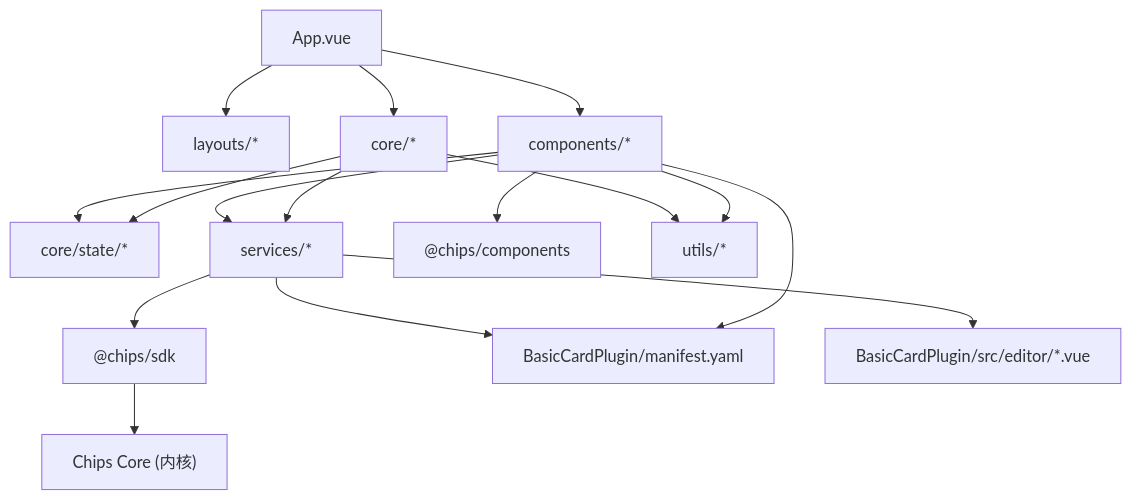
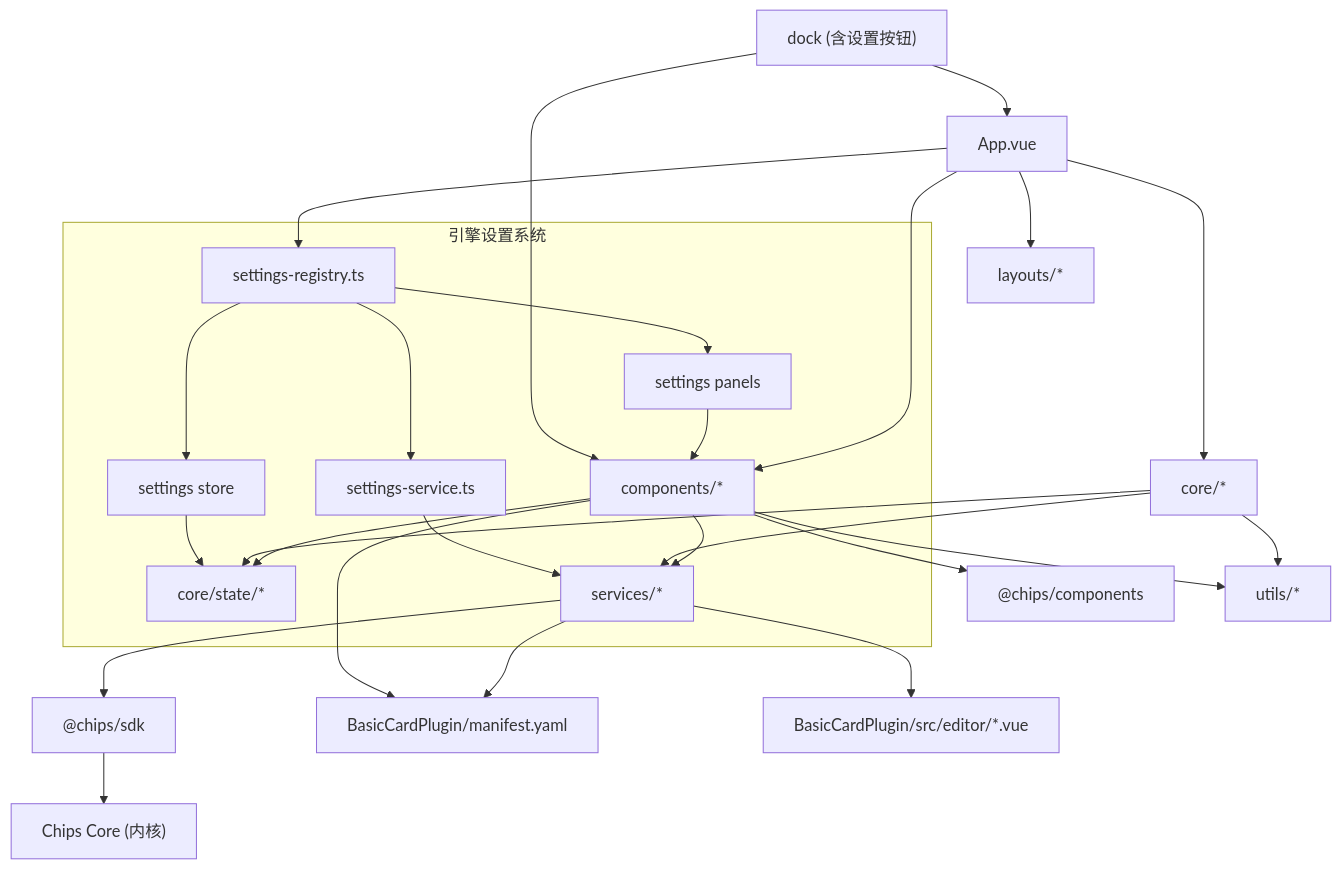
The diagram in 编辑引擎模块梳理.md (SteveSun-qixing/PotatoEcosystem-Editor), drawn with Mermaid before and after one commit. The commit also changed other lines of this file and 81 other files, not shown here.

Commit message:
feat: refactor editor engine settings flow

````diff
--- a/编辑引擎模块梳理.md
+++ b/编辑引擎模块梳理.md
@@ -49,18 +67,31 @@
 ```mermaid
 graph TD
   App["App.vue"] --> Layouts["layouts/*"]
   App --> Components["components/*"]
   App --> Core["core/*"]
+  App --> SettingsRegistry["settings-registry.ts"]
   Components --> Stores["core/state/*"]
   Core --> Stores
   Components --> Services["services/*"]
   Core --> Services
   Services --> SDK["@chips/sdk"]
   SDK --> CoreKernel["Chips Core (内核)"]
   Services --> PluginManifests["BasicCardPlugin/manifest.yaml"]
   Components --> PluginManifests
   Services --> PluginEditors["BasicCardPlugin/src/editor/*.vue"]
   Components --> ComponentLib["@chips/components"]
   Core --> Utils["utils/*"]
   Components --> Utils
+
+  subgraph EngineSettings [引擎设置系统]
+    SettingsRegistry --> SettingsStore["settings store"]
+    SettingsRegistry --> SettingsService["settings-service.ts"]
+    SettingsRegistry --> Panels["settings panels"]
+    SettingsStore --> Stores
+    SettingsService --> Services
+    Panels --> Components
+  end
+
+  Dock["dock (含设置按钮)"] --> App
+  Dock --> Components
 ```
````
